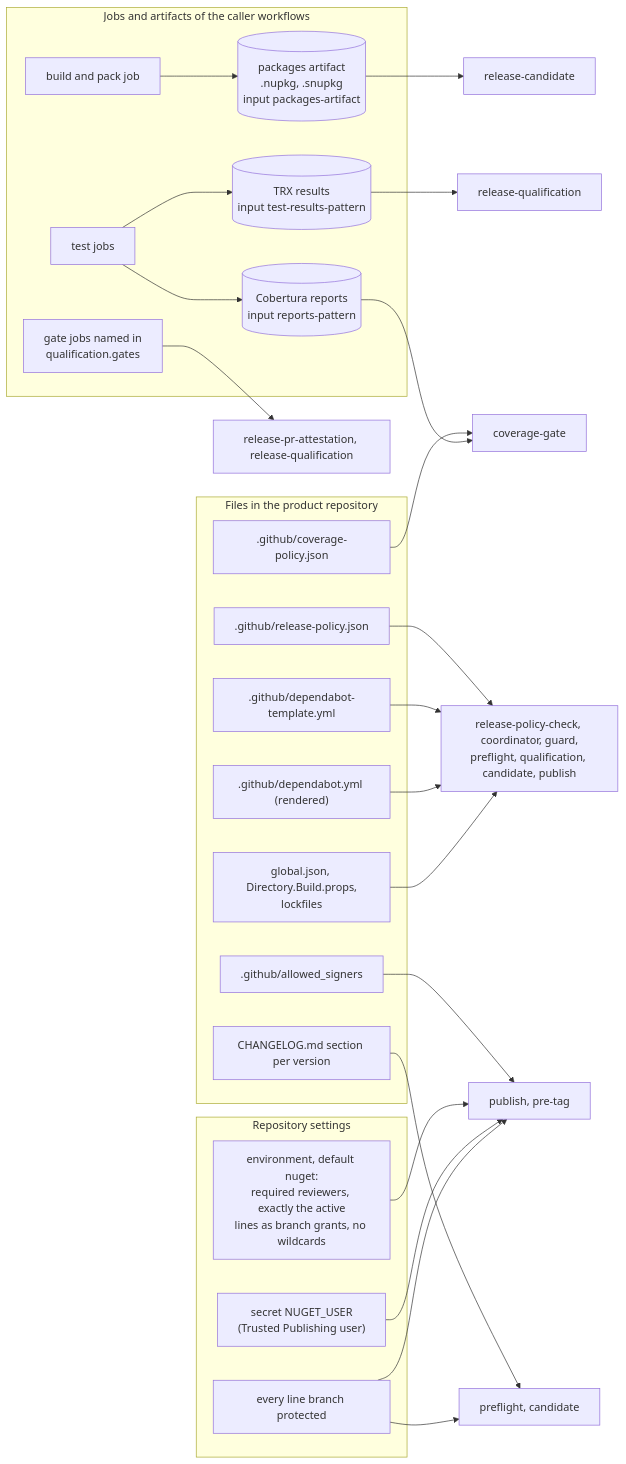
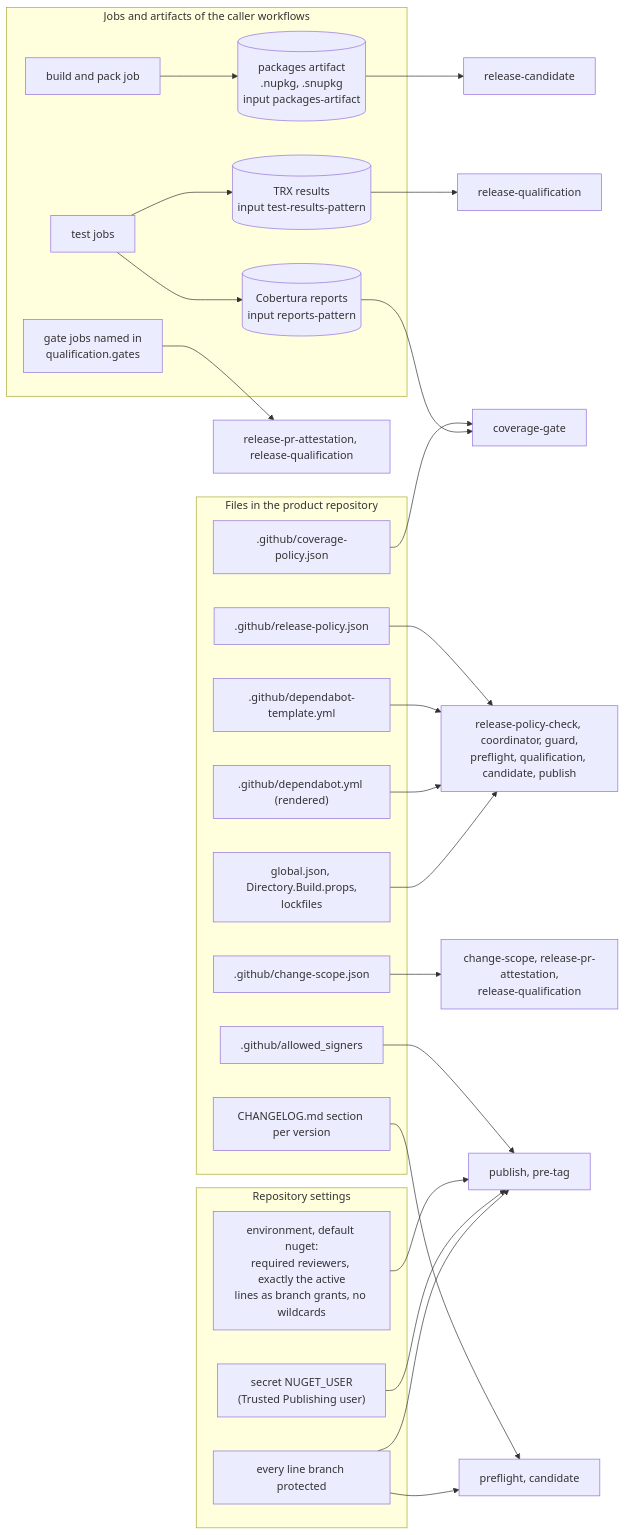
The second of 19 diagrams in docs/overview.md (doka-labs/workflows), drawn with Mermaid before and after one commit. The commit also changed other lines of this file and 21 other files, not shown here.

````diff
--- a/docs/overview.md
+++ b/docs/overview.md
@@ -54,39 +58,41 @@
 ```mermaid
 flowchart LR
   subgraph files["Files in the product repository"]
     rp[".github/release-policy.json"]
     cp[".github/coverage-policy.json"]
+    cs[".github/change-scope.json"]
     dt[".github/dependabot-template.yml"]
     dy[".github/dependabot.yml (rendered)"]
     as[".github/allowed_signers"]
     cl["CHANGELOG.md section per version"]
     gj["global.json, Directory.Build.props,<br/>lockfiles"]
   end
 
   subgraph jobs["Jobs and artifacts of the caller workflows"]
     build["build and pack job"] --> pa[("packages artifact<br/>.nupkg, .snupkg<br/>input packages-artifact")]
     tests["test jobs"] --> trx[("TRX results<br/>input test-results-pattern")]
     tests --> cob[("Cobertura reports<br/>input reports-pattern")]
     gate["gate jobs named in<br/>qualification.gates"]
   end
 
   subgraph settings["Repository settings"]
     env["environment, default nuget:<br/>required reviewers, exactly the active<br/>lines as branch grants, no wildcards"]
     sec["secret NUGET_USER<br/>(Trusted Publishing user)"]
     rs["every line branch protected"]
   end
 
   rp --> check2["release-policy-check, coordinator, guard,<br/>preflight, qualification, candidate, publish"]
   cp --> cov2["coverage-gate"]
+  cs --> sc2["change-scope, release-pr-attestation,<br/>release-qualification"]
   dt & dy --> check2
   as --> pub2["publish, pre-tag"]
   cl --> pre2["preflight, candidate"]
   gj --> check2
   pa --> cand2["release-candidate"]
   trx --> qual2["release-qualification"]
   cob --> cov2
   gate --> prat2["release-pr-attestation, release-qualification"]
   env & sec --> pub2
   rs --> pub2
   rs --> pre2
 ```
````
